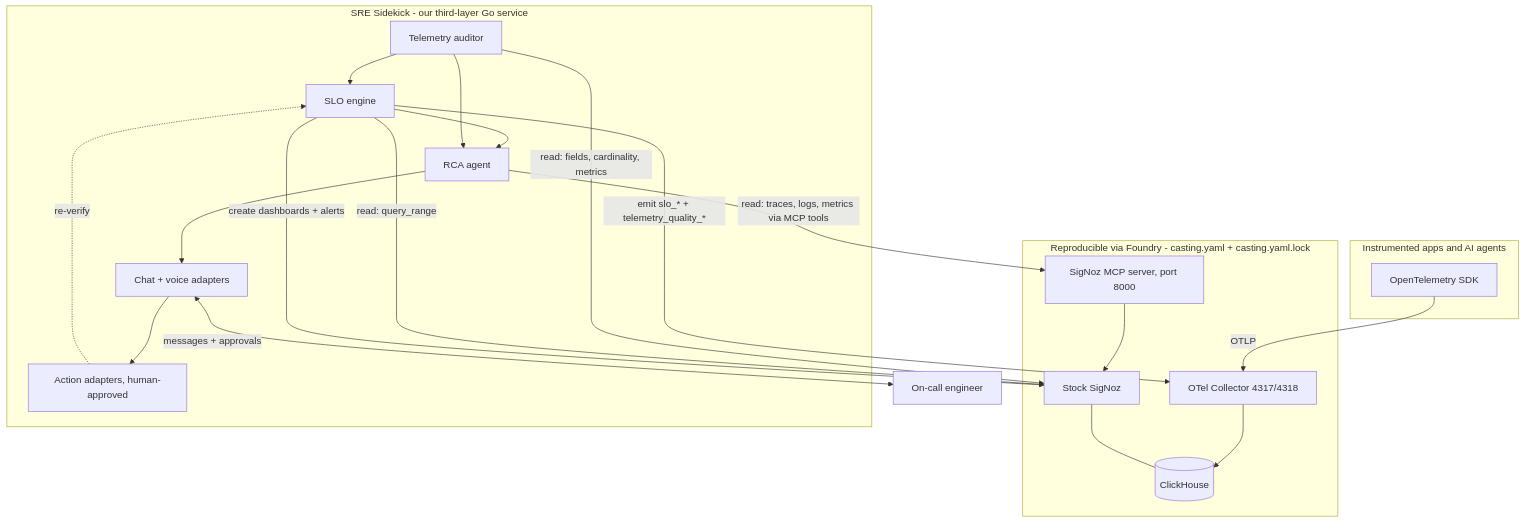
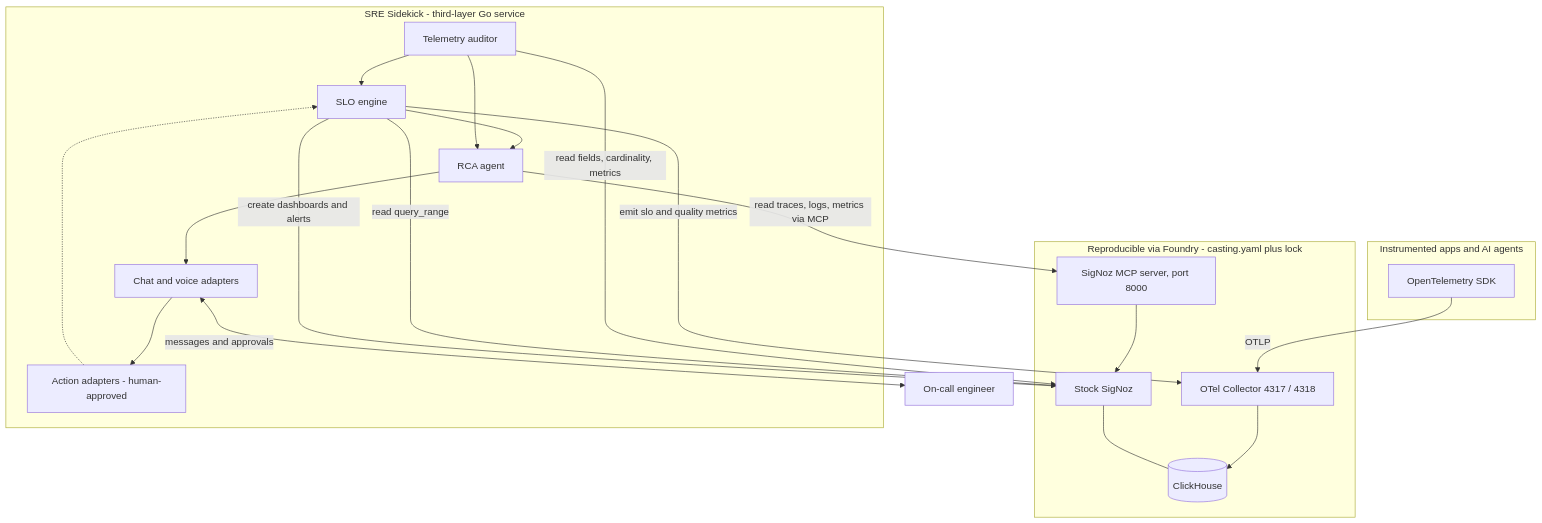
Before and after one commit to SigNoz/signoz: the second of 4 diagrams in hackathon/telemetry-health-auditor-prd.md, drawn with Mermaid. The commit also changed other lines of this file, not shown here.

First line of the commit message:
fix(prd): make all mermaid diagrams github-render-safe

````diff
--- a/hackathon/telemetry-health-auditor-prd.md
+++ b/hackathon/telemetry-health-auditor-prd.md
@@ -208,37 +203,37 @@
 ```mermaid
 flowchart TD
-    subgraph apps[Instrumented apps and AI agents]
-        SDK[OpenTelemetry SDK]
+    subgraph apps["Instrumented apps and AI agents"]
+        SDK["OpenTelemetry SDK"]
     end
 
-    subgraph foundry[Reproducible via Foundry - casting.yaml + casting.yaml.lock]
-        COL[OTel Collector 4317/4318]
-        SZ[Stock SigNoz]
-        MCP[SigNoz MCP server, port 8000]
-        CH[(ClickHouse)]
+    subgraph foundry["Reproducible via Foundry - casting.yaml plus lock"]
+        COL["OTel Collector 4317 / 4318"]
+        SZ["Stock SigNoz"]
+        MCP["SigNoz MCP server, port 8000"]
+        CH[("ClickHouse")]
         SDK -->|OTLP| COL --> CH
         SZ --- CH
         MCP --> SZ
     end
 
-    subgraph sidekick[SRE Sidekick - our third-layer Go service]
-        AUD[Telemetry auditor]
-        SLO[SLO engine]
-        RCA[RCA agent]
-        NOTIFY[Chat + voice adapters]
-        ACT[Action adapters, human-approved]
+    subgraph sidekick["SRE Sidekick - third-layer Go service"]
+        AUD["Telemetry auditor"]
+        SLO["SLO engine"]
+        RCA["RCA agent"]
+        NOTIFY["Chat and voice adapters"]
+        ACT["Action adapters - human-approved"]
         AUD --> SLO
         SLO --> RCA
         AUD --> RCA
         RCA --> NOTIFY
         NOTIFY --> ACT
-        ACT -. re-verify .-> SLO
+        ACT -.-> SLO
     end
 
-    AUD -->|read: fields, cardinality, metrics| SZ
-    SLO -->|read: query_range| SZ
-    RCA -->|read: traces, logs, metrics via MCP tools| MCP
-    SLO -->|emit slo_* + telemetry_quality_*| COL
-    SLO -->|create dashboards + alerts| SZ
-    NOTIFY <-->|messages + approvals| USER[On-call engineer]
+    AUD -->|"read fields, cardinality, metrics"| SZ
+    SLO -->|"read query_range"| SZ
+    RCA -->|"read traces, logs, metrics via MCP"| MCP
+    SLO -->|"emit slo and quality metrics"| COL
+    SLO -->|"create dashboards and alerts"| SZ
+    NOTIFY <-->|"messages and approvals"| USER["On-call engineer"]
 ```
````
